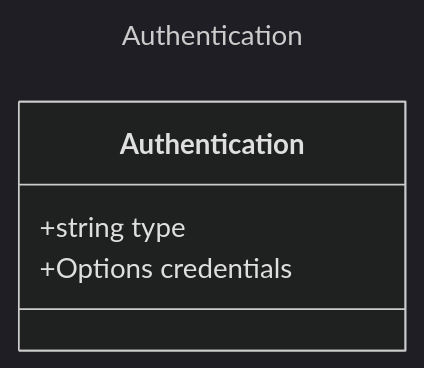
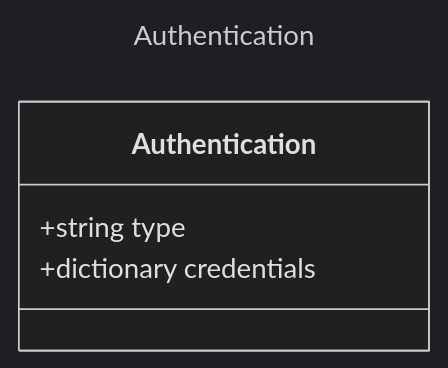
One commit to microsoft/prompty changed the diagram in specification/prompty/docs/Authentication.md. Above: the diagram before and after it, drawn with Mermaid (dark theme). The commit also changed other lines of this file and 12 other files, not shown here.

````diff
--- a/specification/prompty/docs/Authentication.md
+++ b/specification/prompty/docs/Authentication.md
@@ -7,10 +7,10 @@
 ```mermaid
 ---
 title: Authentication
 ---
 classDiagram
     class Authentication {
         +string type
-        +Options credentials
+        +dictionary credentials
     }
 ```
````
